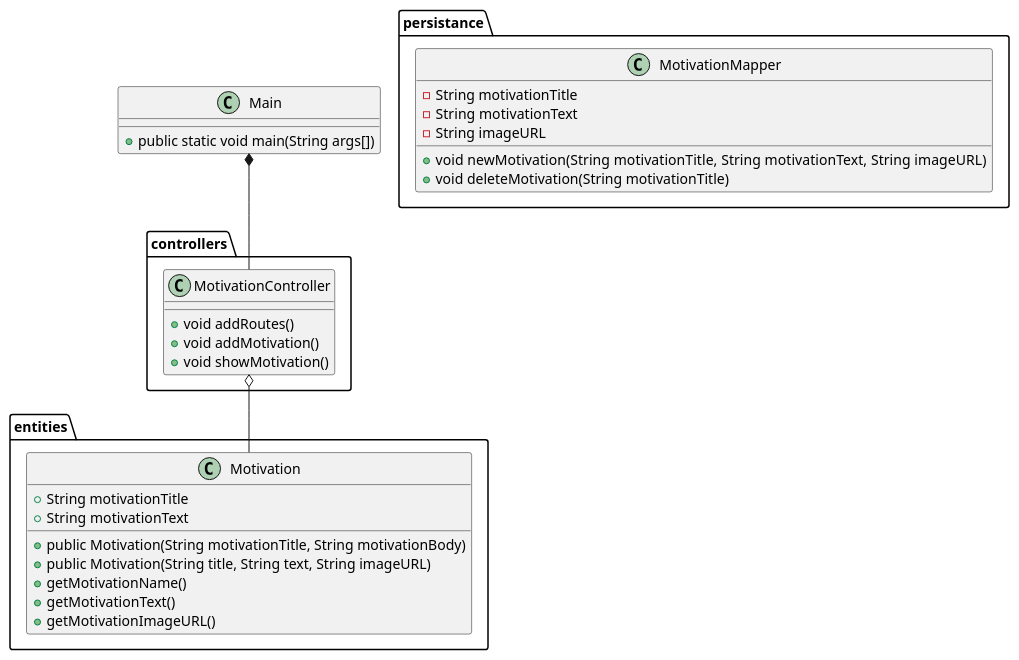
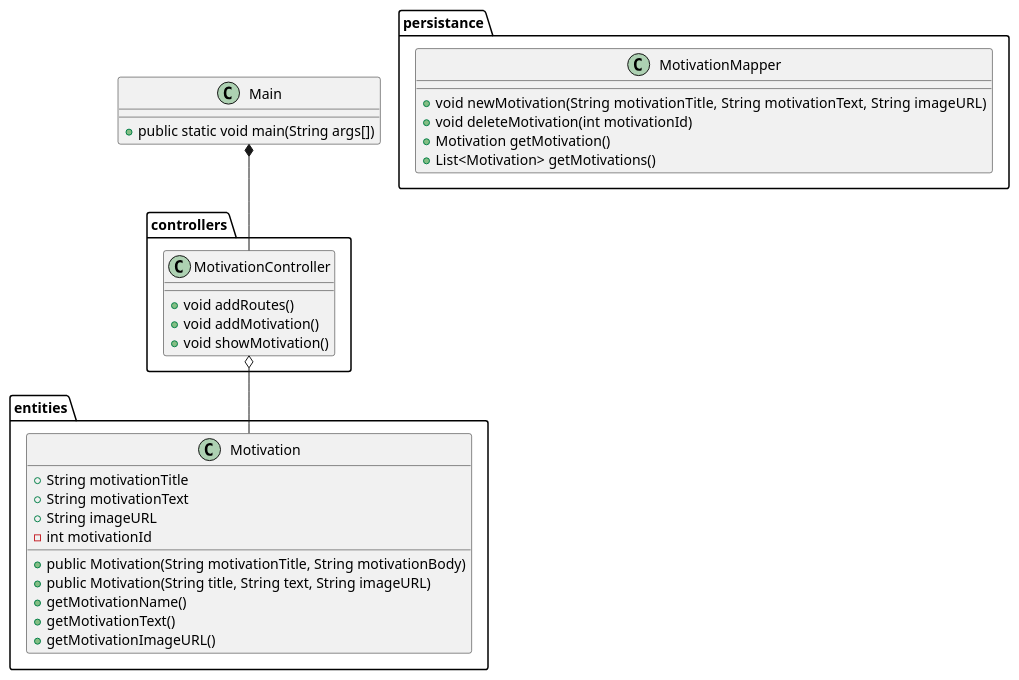
The diagram in docs/diagramv1.puml (crstrskp/lifehack_e24), drawn with PlantUML before and after one commit.

Commit message:
Opdateret klassediagram med packages

```diff
--- a/docs/diagramv1.puml
+++ b/docs/diagramv1.puml
@@ -1,40 +1,39 @@
 @startuml
 'https://plantuml.com/class-diagram
 
 
 class Main {
 + public static void main(String args[])
 }
 package entities {
     class Motivation {
     + String motivationTitle
     + String motivationText
+    + String imageURL
+    - int motivationId
     + public Motivation(String motivationTitle, String motivationBody)
     + public Motivation(String title, String text, String imageURL)
     + getMotivationName()
     + getMotivationText()
     + getMotivationImageURL()
 
     }
 }
 package persistance {
     class MotivationMapper {
-    - String motivationTitle
-    - String motivationText
-    - String imageURL
-
     + void newMotivation(String motivationTitle, String motivationText,  String imageURL)
-    + void deleteMotivation(String motivationTitle)
-
+    + void deleteMotivation(int motivationId)
+    + Motivation getMotivation()
+    + List<Motivation> getMotivations()
     }
 }
 package controllers {
     class MotivationController {
     + void addRoutes()
     + void addMotivation()
     + void showMotivation()
     }
 }
 Main *-- MotivationController
 MotivationController o-- Motivation
 @enduml
```
